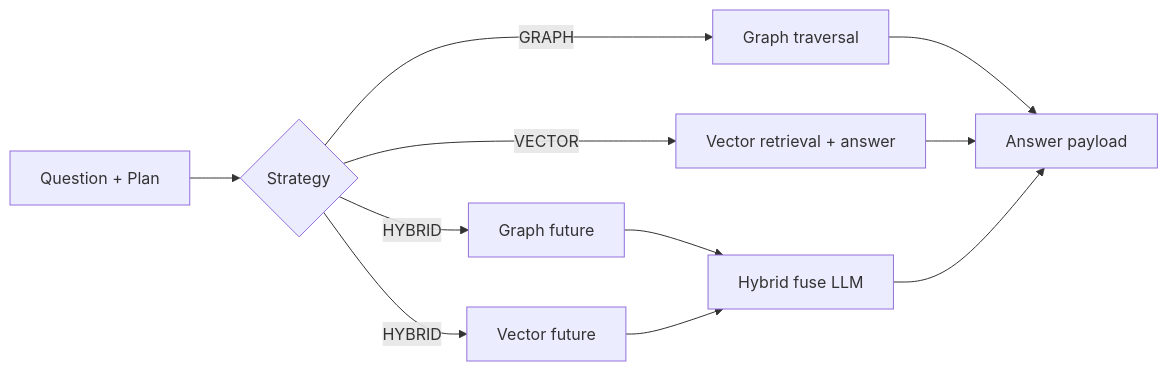
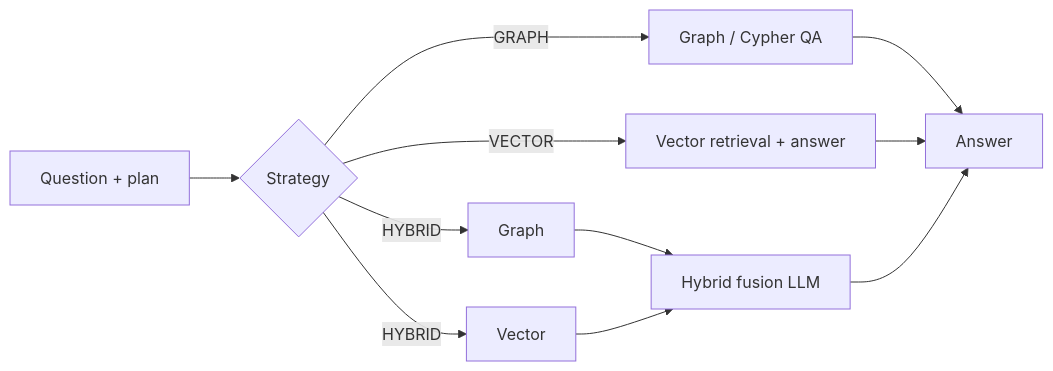
One commit to SEMICeu/EU-wide-Registry-of-Semantic-Models changed the third of 3 diagrams in SR-dev/app/chatbot/README.md. Above: the diagram before and after it, drawn with Mermaid. The commit also changed other lines of this file, not shown here.

````diff
--- a/SR-dev/app/chatbot/README.md
+++ b/SR-dev/app/chatbot/README.md
@@ -70,13 +177,13 @@
 ```mermaid
 flowchart LR
-    Q[Question + Plan] --> ST{Strategy}
-    ST -->|GRAPH| G[Graph traversal]
-    ST -->|VECTOR| V[Vector retrieval + answer]
-    ST -->|HYBRID| H1[Graph future]
-    ST -->|HYBRID| H2[Vector future]
-    H1 --> HF[Hybrid fuse LLM]
-    H2 --> HF
-    G --> A[Answer payload]
-    V --> A
-    HF --> A
+  Q[Question + plan] --> ST{Strategy}
+  ST -->|GRAPH| G[Graph / Cypher QA]
+  ST -->|VECTOR| V[Vector retrieval + answer]
+  ST -->|HYBRID| H1[Graph]
+  ST -->|HYBRID| H2[Vector]
+  H1 --> HF[Hybrid fusion LLM]
+  H2 --> HF
+  G --> A[Answer]
+  V --> A
+  HF --> A
 ```
````
